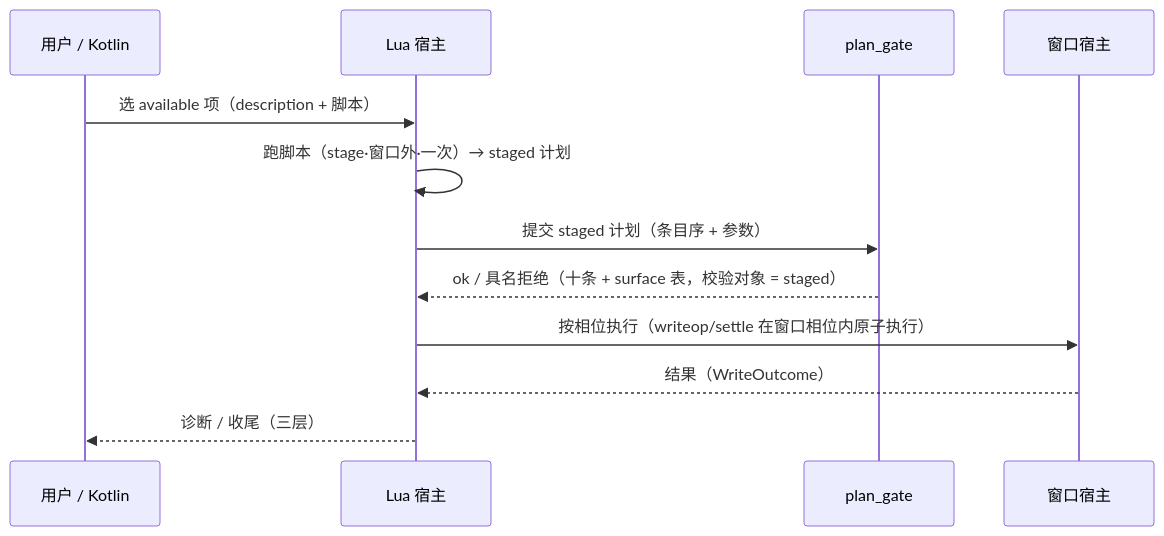
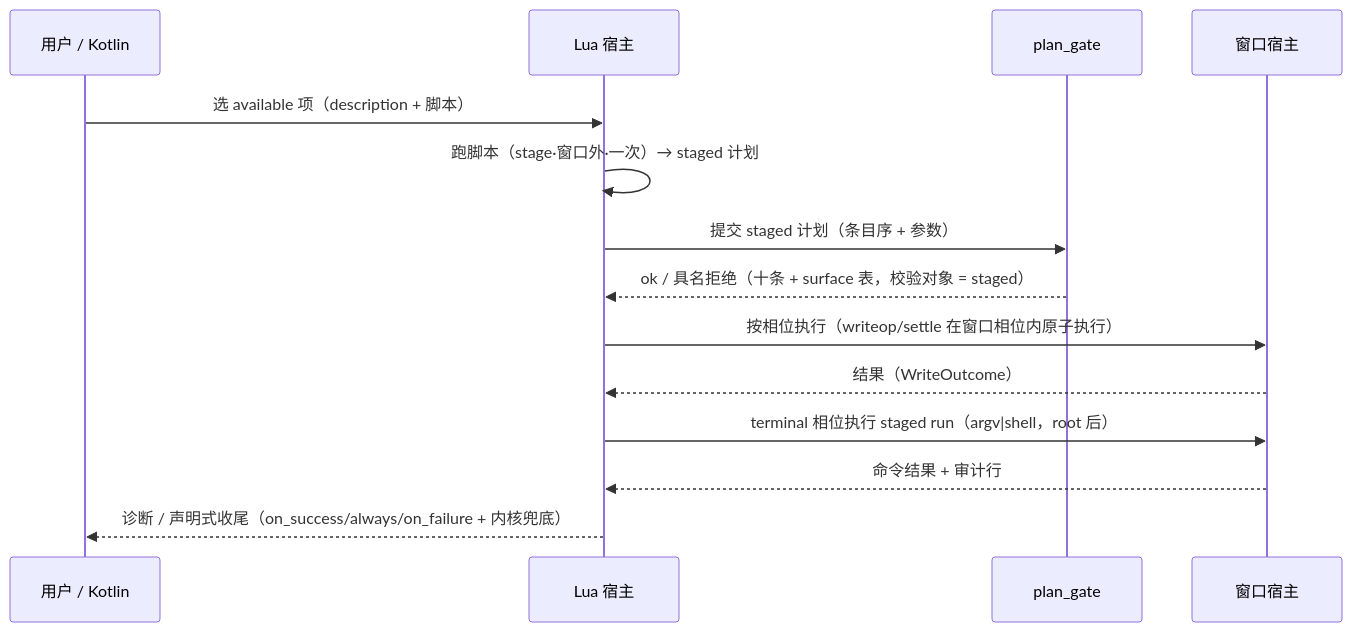
Diagram 17 of 17 in docs/development/full-process-uml.md (YuKongA/ghostlock-app), drawn with Mermaid before and after one commit. The commit also changed other lines of this file and 4 other files, not shown here.

````diff
--- a/docs/development/full-process-uml.md
+++ b/docs/development/full-process-uml.md
@@ -819,14 +823,16 @@
 ```mermaid
 sequenceDiagram
   participant U as 用户 / Kotlin
   participant L as Lua 宿主
   participant G as plan_gate
   participant W as 窗口宿主
   U->>L: 选 available 项（description + 脚本）
   L->>L: 跑脚本（stage·窗口外·一次）→ staged 计划
   L->>G: 提交 staged 计划（条目序 + 参数）
   G-->>L: ok / 具名拒绝（十条 + surface 表，校验对象 = staged）
   L->>W: 按相位执行（writeop/settle 在窗口相位内原子执行）
   W-->>L: 结果（WriteOutcome）
-  L-->>U: 诊断 / 收尾（三层）
+  L->>W: terminal 相位执行 staged run（argv|shell，root 后）
+  W-->>L: 命令结果 + 审计行
+  L-->>U: 诊断 / 声明式收尾（on_success/always/on_failure + 内核兜底）
 ```
````
